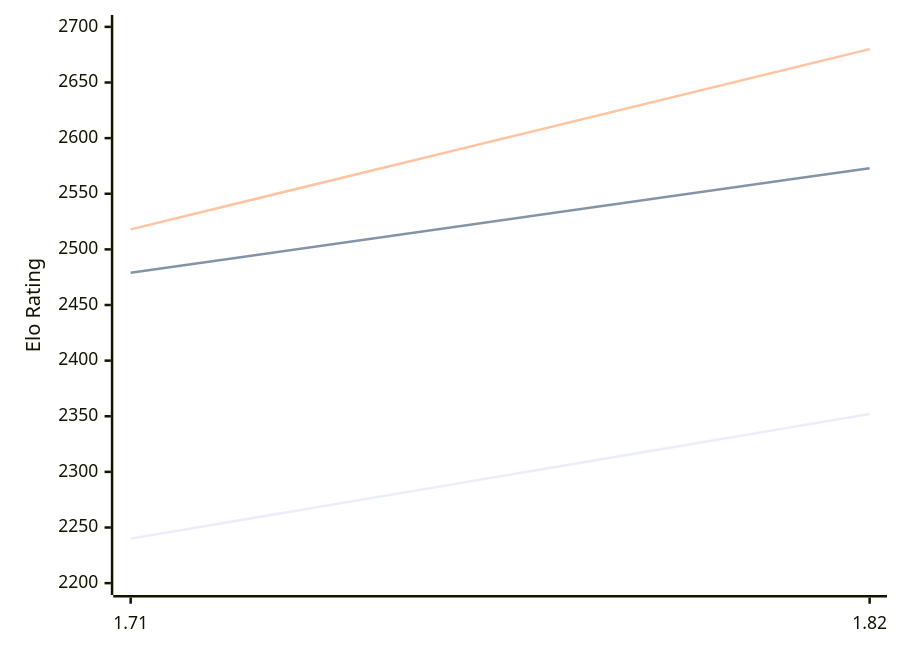
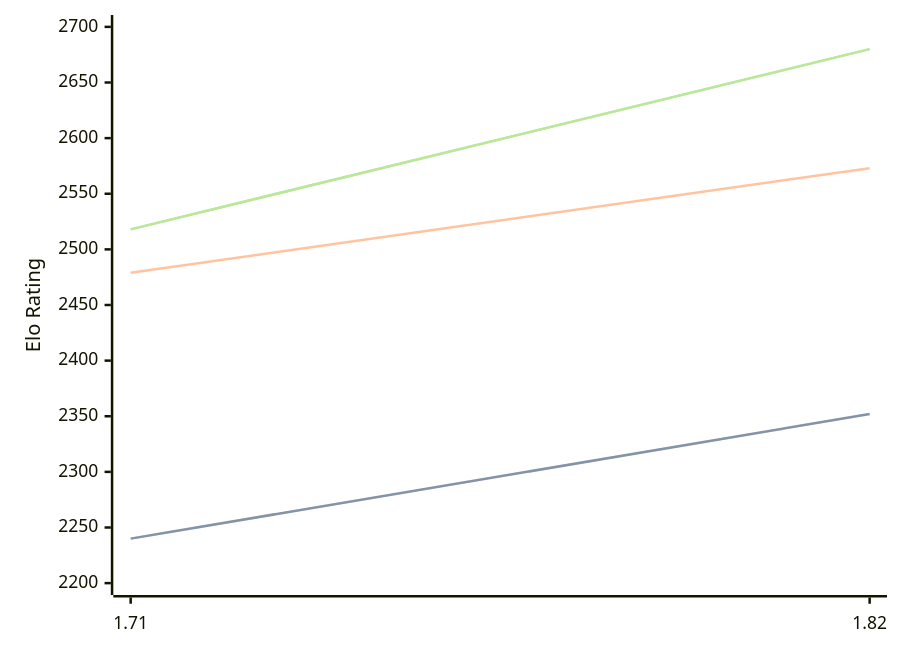
Before and after one commit to computer-chess-index/cci: the diagram in engines/Amira.md, drawn with Mermaid. The commit also changed other lines of this file, not shown here.

Commit message:
Update CCI Ratings (ELO VLTC) - 2026-02-13

````diff
--- a/engines/Amira.md
+++ b/engines/Amira.md
@@ -32,9 +32,11 @@
 ```mermaid
 %%{init: {"theme":"base","themeVariables":{"seriesColors:['#a3a3a3','#222221','#faa371']}}}%%
 xychart-beta
   x-axis ["1.71", "1.82"]
   y-axis "Elo Rating" 2200 --> 2700
   line "STC (8.0+0.08s)" [2240, 2352]
+  line "STC (8.0+0.08s)" [2240, 2352]
   line "LTC (60.0+0.60s)" [2479, 2573]
   line "VLTC (2m24s+1.12s)" [2518, 2680]
+  line "VLTC (2m24s+1.12s)" [2518, 2680]
 ```
````
